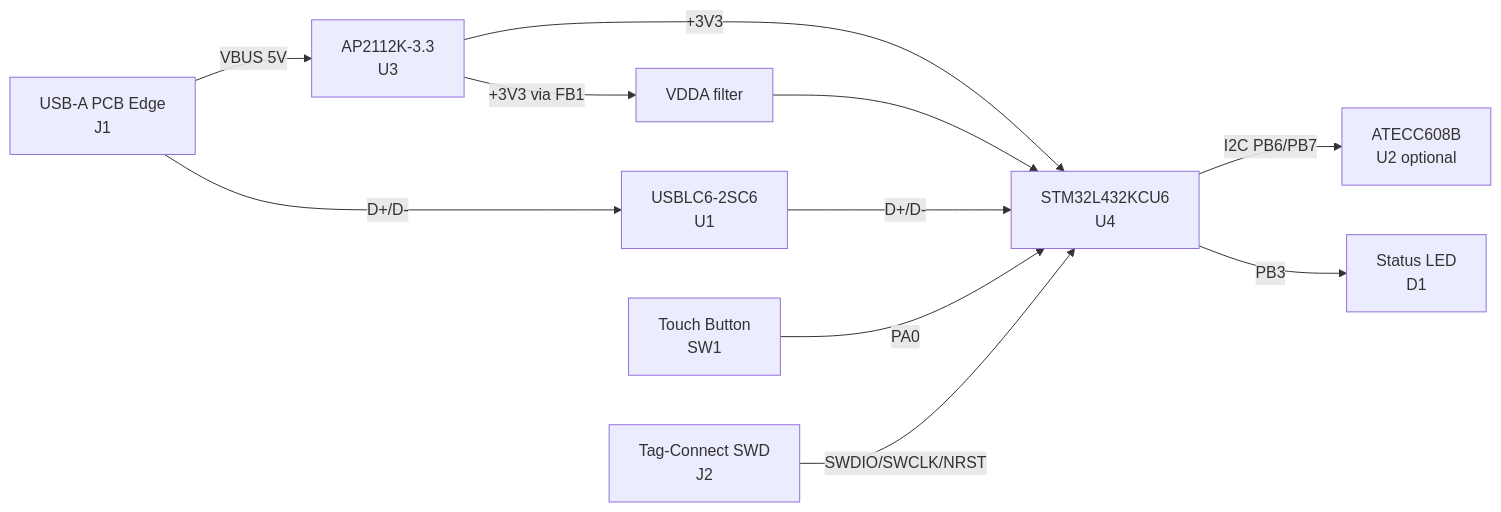
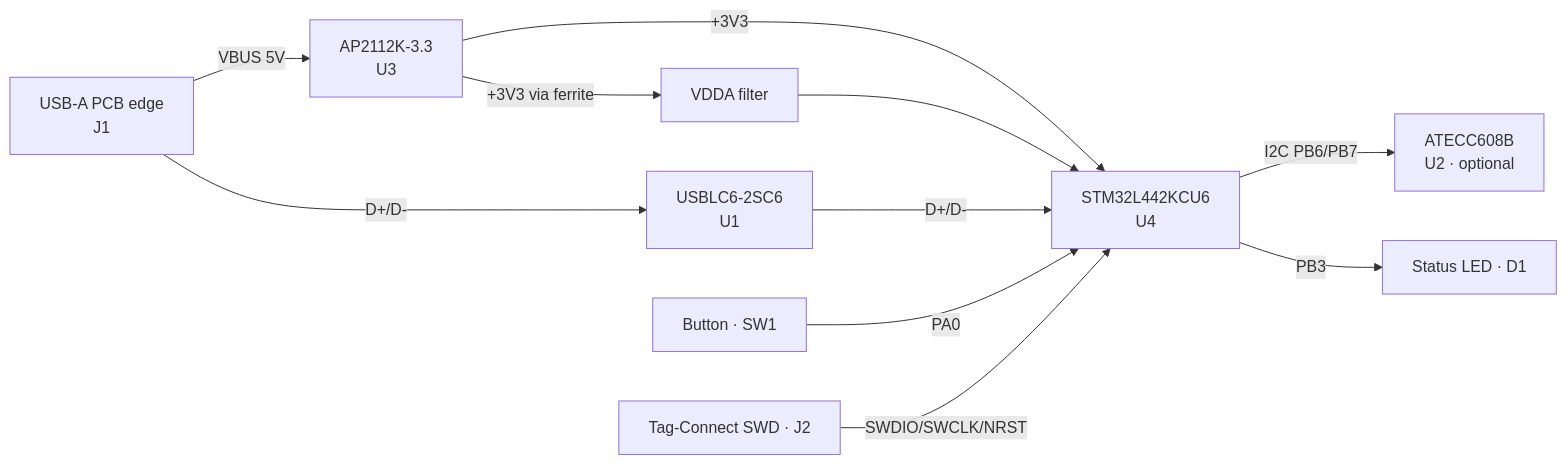
Before and after one commit to planmarks/2FAK: the diagram in README.md, drawn with Mermaid. The commit also changed other lines of this file, not shown here.

````diff
--- a/README.md
+++ b/README.md
@@ -78,13 +47,12 @@
 ```mermaid
 flowchart LR
-    USB[USB-A PCB Edge<br/>J1] -->|VBUS 5V| LDO[AP2112K-3.3<br/>U3]
+    USB[USB-A PCB edge<br/>J1] -->|VBUS 5V| LDO[AP2112K-3.3<br/>U3]
     USB -->|D+/D-| ESD[USBLC6-2SC6<br/>U1]
-    LDO -->|+3V3| MCU[STM32L432KCU6<br/>U4]
-    LDO -->|+3V3 via FB1| VDDA[VDDA filter]
-    VDDA --> MCU
+    LDO -->|+3V3| MCU[STM32L442KCU6<br/>U4]
+    LDO -->|+3V3 via ferrite| VDDA[VDDA filter] --> MCU
     ESD -->|D+/D-| MCU
-    MCU -->|I2C PB6/PB7| SE[ATECC608B<br/>U2 optional]
-    MCU -->|PB3| LED[Status LED<br/>D1]
-    BTN[Touch Button<br/>SW1] -->|PA0| MCU
-    SWD[Tag-Connect SWD<br/>J2] -->|SWDIO/SWCLK/NRST| MCU
+    MCU -->|I2C PB6/PB7| SE[ATECC608B<br/>U2 · optional]
+    MCU -->|PB3| LED[Status LED · D1]
+    BTN[Button · SW1] -->|PA0| MCU
+    SWD[Tag-Connect SWD · J2] -->|SWDIO/SWCLK/NRST| MCU
 ```
````
